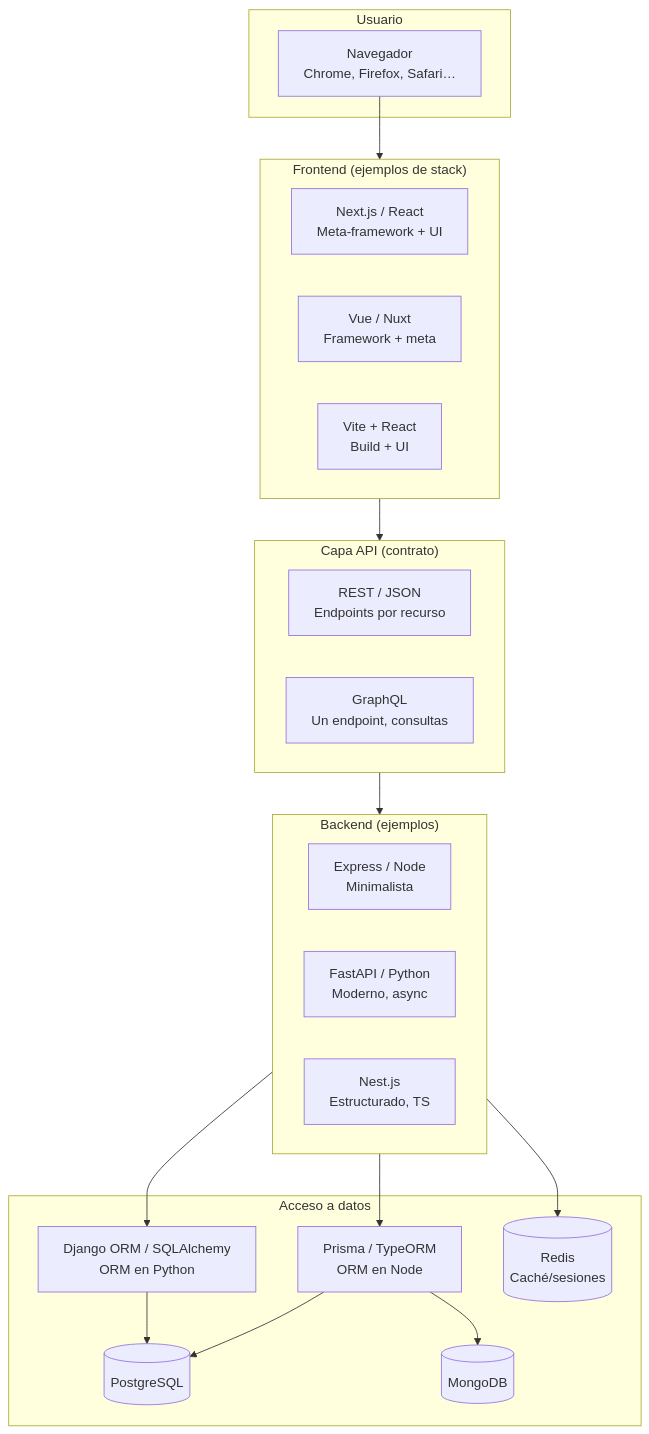
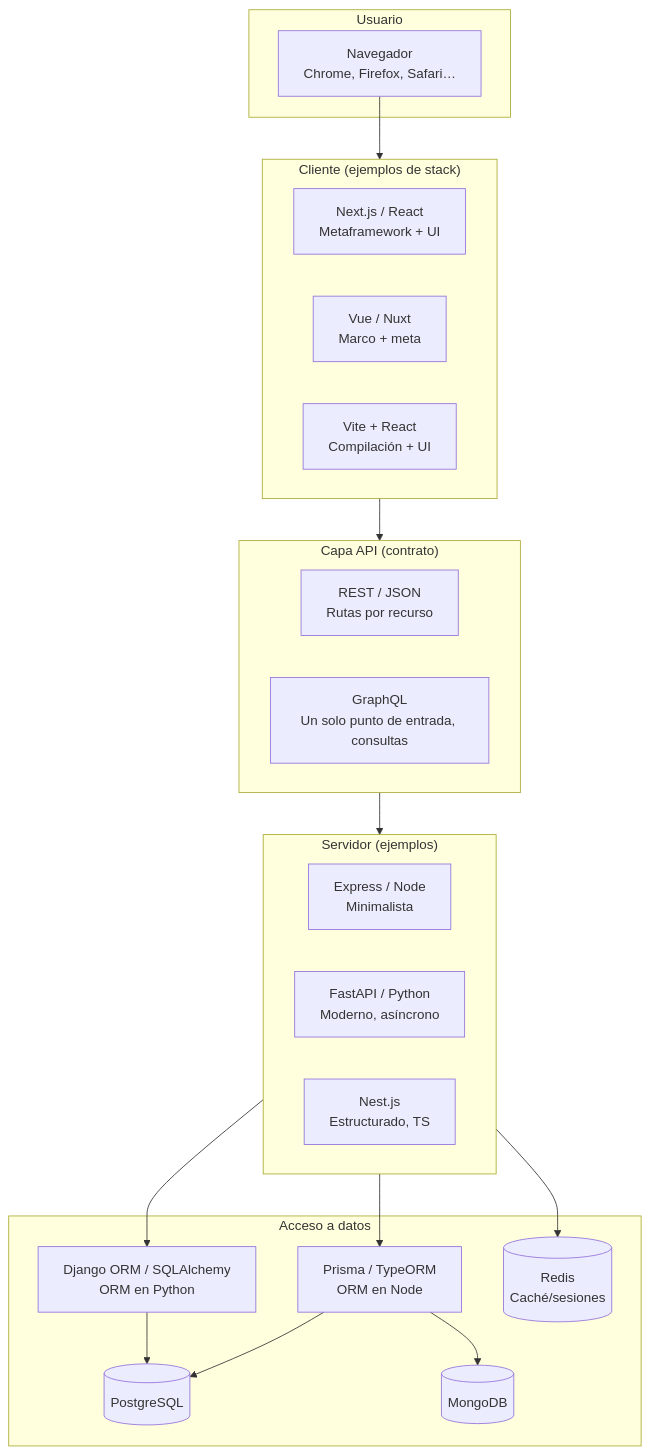
The sixth of 6 diagrams in docs/desarrollo-web/crear-aplicacion-web-diagramas.md (alexmenz28/Notas-Docusaurus), drawn with Mermaid before and after one commit. The commit also changed other lines of this file and 62 other files, not shown here.

````diff
--- a/docs/desarrollo-web/crear-aplicacion-web-diagramas.md
+++ b/docs/desarrollo-web/crear-aplicacion-web-diagramas.md
@@ -409,41 +409,41 @@
 ```mermaid
 flowchart TB
   subgraph USUARIO[" Usuario "]
     Nav["Navegador<br/>Chrome, Firefox, Safari…"]
   end
 
-  subgraph FRONT[" Frontend (ejemplos de stack) "]
-    NextJS["Next.js / React<br/>Meta-framework + UI"]
-    VueNuxt["Vue / Nuxt<br/>Framework + meta"]
-    ViteReact["Vite + React<br/>Build + UI"]
+  subgraph FRONT[" Cliente (ejemplos de stack) "]
+    NextJS["Next.js / React<br/>Metaframework + UI"]
+    VueNuxt["Vue / Nuxt<br/>Marco + meta"]
+    ViteReact["Vite + React<br/>Compilación + UI"]
   end
 
   subgraph API_LAYER[" Capa API (contrato) "]
-    REST_API["REST / JSON<br/>Endpoints por recurso"]
-    GQL["GraphQL<br/>Un endpoint, consultas"]
+    REST_API["REST / JSON<br/>Rutas por recurso"]
+    GQL["GraphQL<br/>Un solo punto de entrada, consultas"]
   end
 
-  subgraph SERVER[" Backend (ejemplos) "]
+  subgraph SERVER[" Servidor (ejemplos) "]
     ExpressN["Express / Node<br/>Minimalista"]
-    FastAPIN["FastAPI / Python<br/>Moderno, async"]
+    FastAPIN["FastAPI / Python<br/>Moderno, asíncrono"]
     NestN["Nest.js<br/>Estructurado, TS"]
   end
 
   subgraph DATA[" Acceso a datos "]
     PrismaO["Prisma / TypeORM<br/>ORM en Node"]
     ORMPy["Django ORM / SQLAlchemy<br/>ORM en Python"]
     PG[("PostgreSQL")]
     Mongo[("MongoDB")]
     RedisR[("Redis<br/>Caché/sesiones")]
   end
 
   Nav --> FRONT
   FRONT --> API_LAYER
   API_LAYER --> SERVER
   SERVER --> PrismaO
   SERVER --> ORMPy
   PrismaO --> PG
   PrismaO --> Mongo
   ORMPy --> PG
   SERVER --> RedisR
 ```
````
